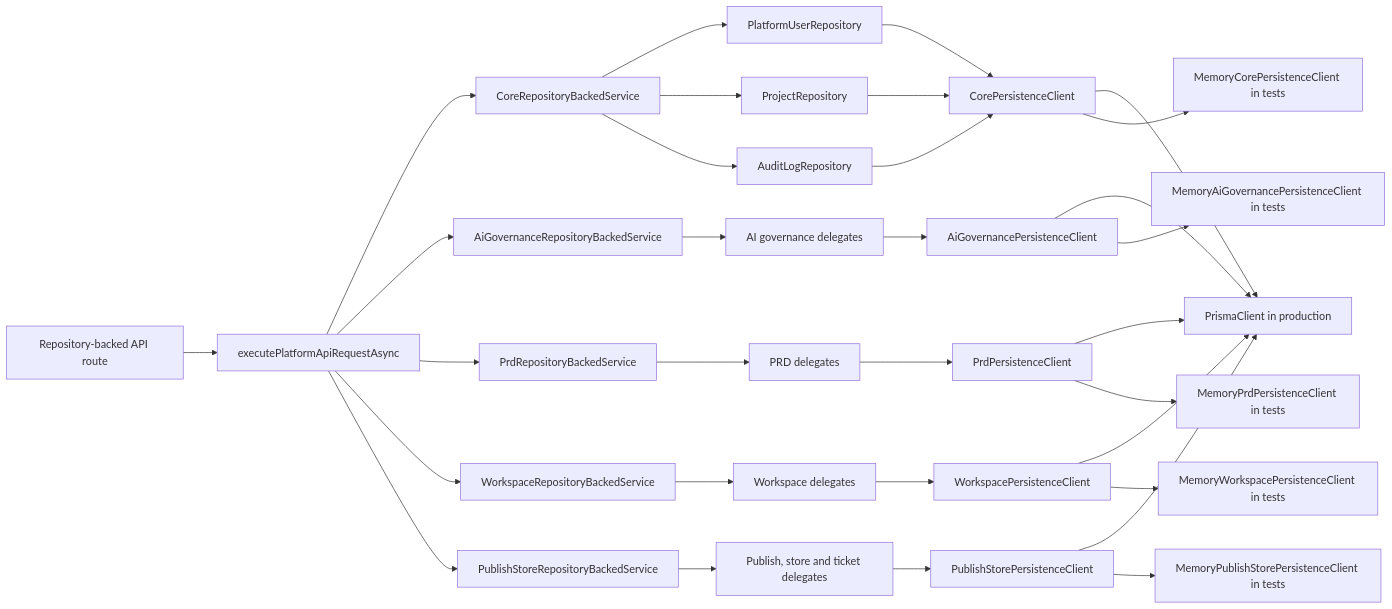
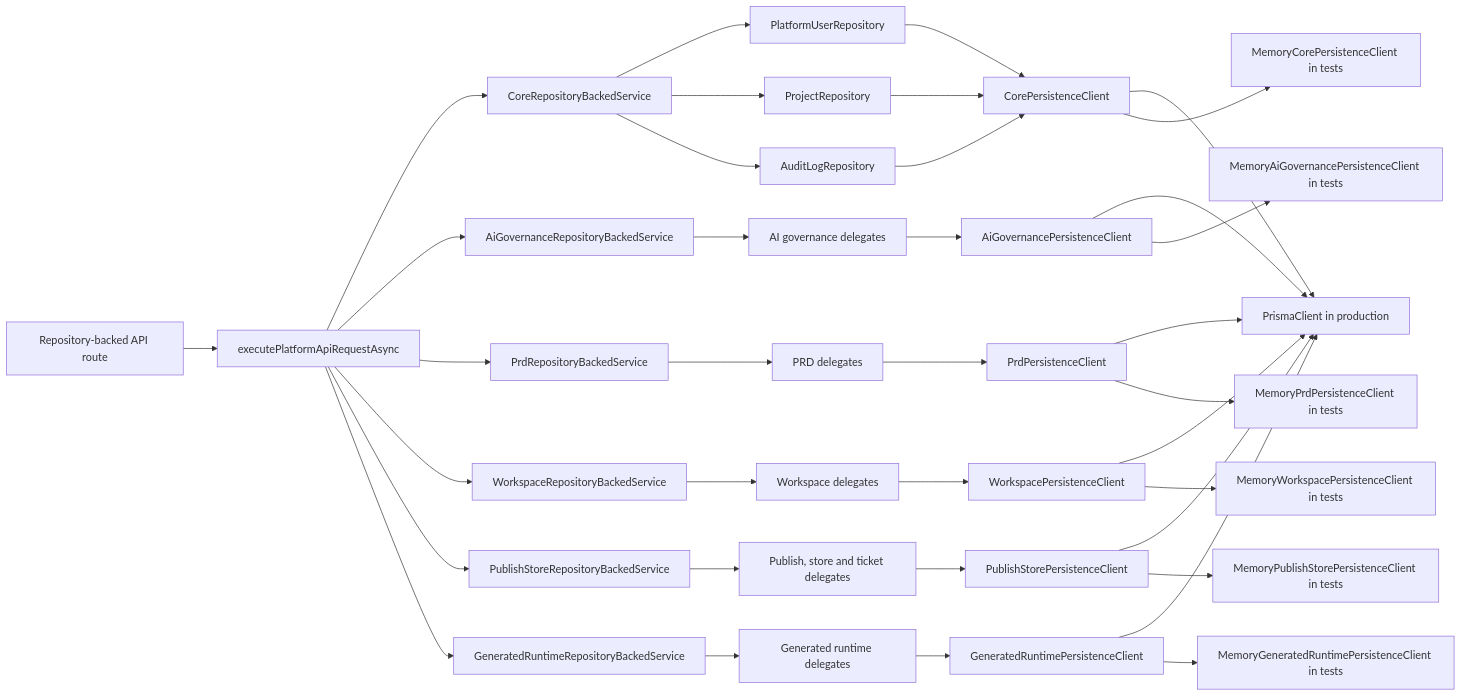
The diagram in docs/operations/real-mvp-persistence.md (horizonxlabs/horizon), drawn with Mermaid before and after one commit. The commit also changed other lines of this file and 6 other files, not shown here.

Commit message:
feat: persist generated runtime routes

````diff
--- a/docs/operations/real-mvp-persistence.md
+++ b/docs/operations/real-mvp-persistence.md
@@ -22,33 +23,38 @@
 ```mermaid
 flowchart LR
   A["Repository-backed API route"] --> B["executePlatformApiRequestAsync"]
   B --> C["CoreRepositoryBackedService"]
   B --> J["AiGovernanceRepositoryBackedService"]
   B --> N["PrdRepositoryBackedService"]
   B --> R["WorkspaceRepositoryBackedService"]
   B --> V["PublishStoreRepositoryBackedService"]
+  B --> Z["GeneratedRuntimeRepositoryBackedService"]
   C --> D["PlatformUserRepository"]
   C --> E["ProjectRepository"]
   C --> F["AuditLogRepository"]
   J --> K["AI governance delegates"]
   N --> O["PRD delegates"]
   R --> S["Workspace delegates"]
   V --> W["Publish, store and ticket delegates"]
+  Z --> AA["Generated runtime delegates"]
   D --> G["CorePersistenceClient"]
   E --> G
   F --> G
   K --> L["AiGovernancePersistenceClient"]
   O --> P["PrdPersistenceClient"]
   S --> T["WorkspacePersistenceClient"]
   W --> X["PublishStorePersistenceClient"]
+  AA --> AB["GeneratedRuntimePersistenceClient"]
   G --> H["PrismaClient in production"]
   G --> I["MemoryCorePersistenceClient in tests"]
   L --> H
   L --> M["MemoryAiGovernancePersistenceClient in tests"]
   P --> H
   P --> Q["MemoryPrdPersistenceClient in tests"]
   T --> H
   T --> U["MemoryWorkspacePersistenceClient in tests"]
   X --> H
   X --> Y["MemoryPublishStorePersistenceClient in tests"]
+  AB --> H
+  AB --> AC["MemoryGeneratedRuntimePersistenceClient in tests"]
 ```
````
